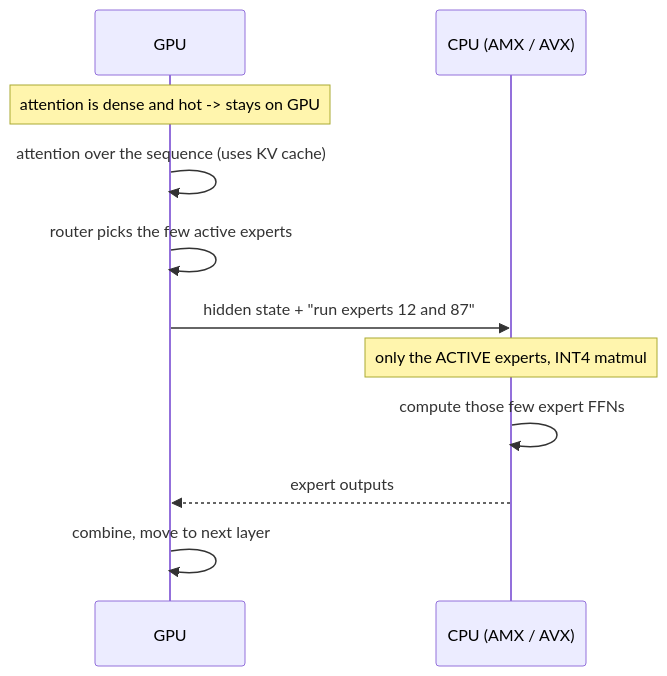
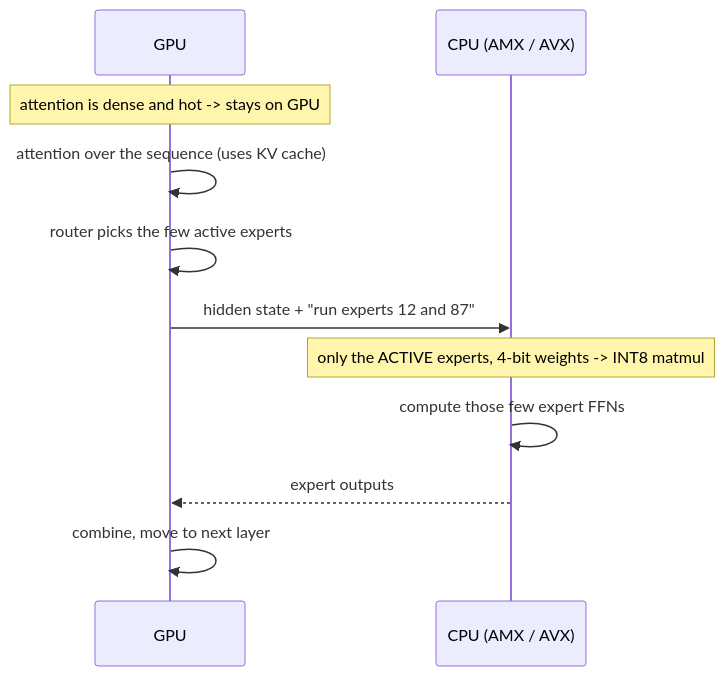
Before and after one commit to wilsonwu-ai/inference-engineering: the fourth of 5 diagrams in ktransformers-eli5.md, drawn with Mermaid. The commit also changed other lines of this file, not shown here.

Commit message:
Fix: Intel AMX does INT8 (not INT4) matmul; 4-bit experts are dequantized to INT8

````diff
--- a/ktransformers-eli5.md
+++ b/ktransformers-eli5.md
@@ -61,13 +61,13 @@
 ```mermaid
 sequenceDiagram
     participant G as GPU
     participant C as CPU (AMX / AVX)
     Note over G: attention is dense and hot -> stays on GPU
     G->>G: attention over the sequence (uses KV cache)
     G->>G: router picks the few active experts
     G->>C: hidden state + "run experts 12 and 87"
-    Note over C: only the ACTIVE experts, INT4 matmul
+    Note over C: only the ACTIVE experts, 4-bit weights -> INT8 matmul
     C->>C: compute those few expert FFNs
     C-->>G: expert outputs
     G->>G: combine, move to next layer
 ```
````
